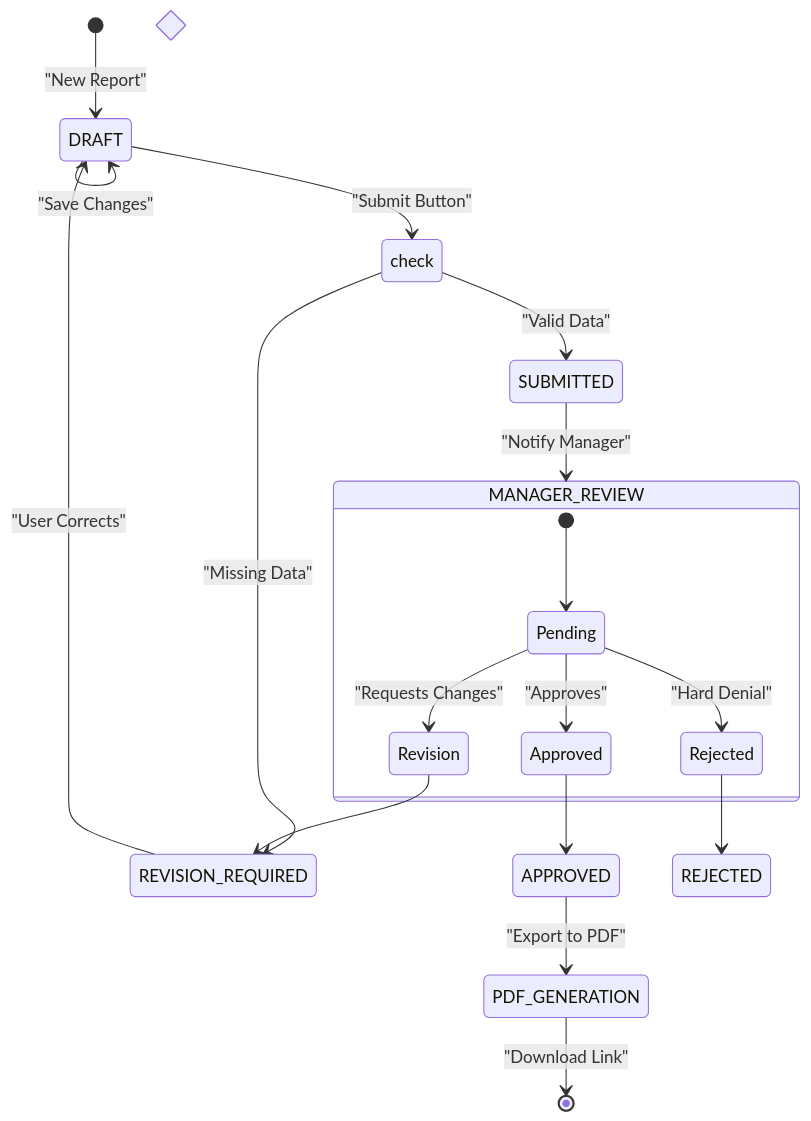
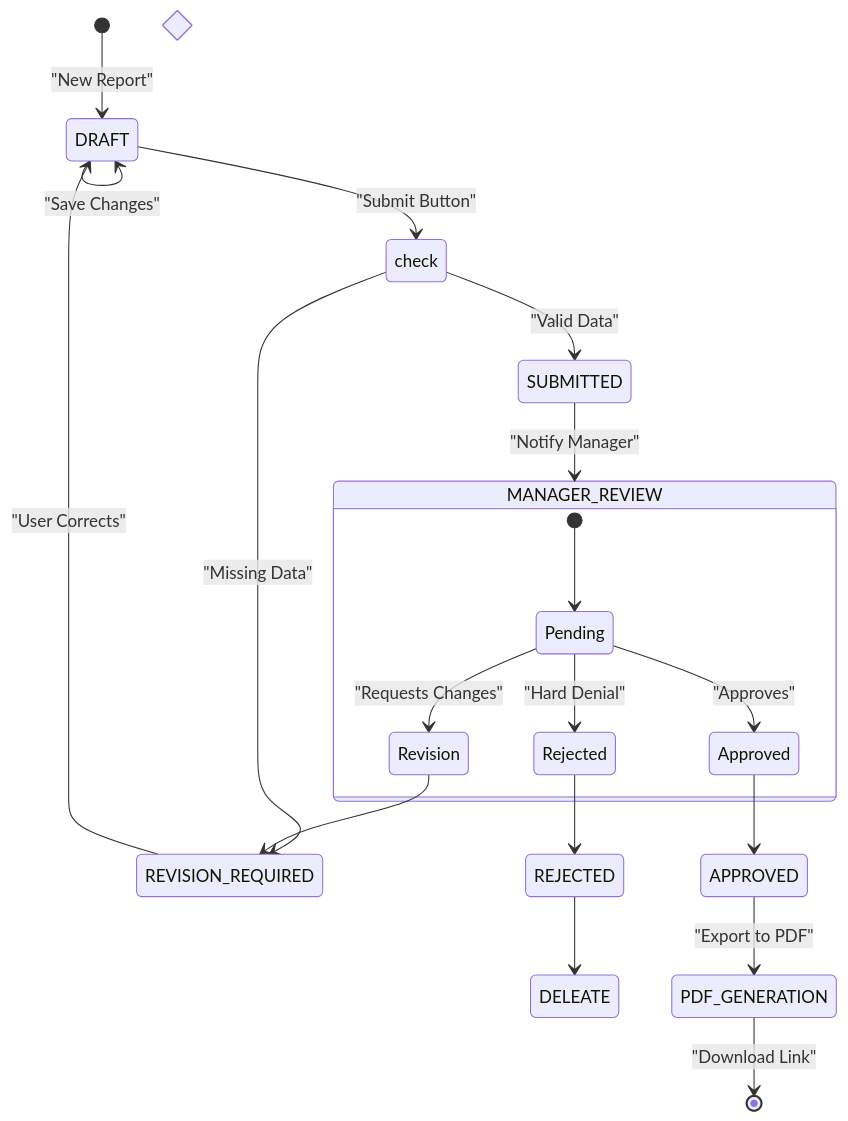
The third of 4 diagrams in README.md (Albuswolvrick/Berichts-Heft), drawn with Mermaid before and after one commit.

Commit message:
Fix typo in status mapping for REJECTED

````diff
--- a/README.md
+++ b/README.md
@@ -386,30 +386,31 @@
 ```mermaid
 stateDiagram-v2
     [*] --> DRAFT: "New Report"
     DRAFT --> DRAFT: "Save Changes"
     
     state "Validation Check" as check <<choice>>
     DRAFT --> check: "Submit Button"
     
     check --> REVISION_REQUIRED: "Missing Data"
     check --> SUBMITTED: "Valid Data"
     
     SUBMITTED --> MANAGER_REVIEW: "Notify Manager"
     
     state MANAGER_REVIEW {
         direction LR
         [*] --> Pending
         Pending --> Approved: "Approves"
         Pending --> Revision: "Requests Changes"
         Pending --> Rejected: "Hard Denial"
     }
     
     Approved --> APPROVED
     Revision --> REVISION_REQUIRED
     Rejected --> REJECTED
+    REJECTED --> DELEATE
     
     REVISION_REQUIRED --> DRAFT: "User Corrects"
     
     APPROVED --> PDF_GENERATION: "Export to PDF"
     PDF_GENERATION --> [*]: "Download Link"
 ```
````
